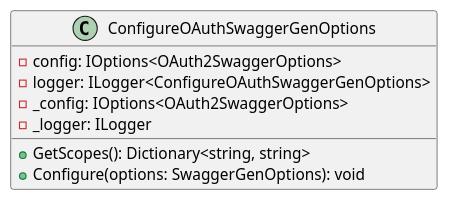
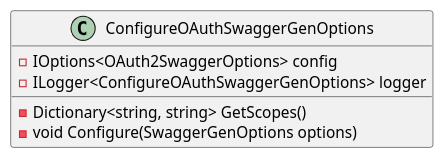
The first of 4 diagrams in docs/generated/Framework/Eliassen.AspNetCore.JwtAuthentication/SwaggerGen/Documentation.md (mwwhited-forks/dotnet-libs), drawn with PlantUML before and after one commit. The commit also changed other lines of this file and 444 other files, not shown here.

````diff
--- a/docs/generated/Framework/Eliassen.AspNetCore.JwtAuthentication/SwaggerGen/Documentation.md
+++ b/docs/generated/Framework/Eliassen.AspNetCore.JwtAuthentication/SwaggerGen/Documentation.md
@@ -7,14 +13,10 @@
 ```plantuml
 @startuml
 class ConfigureOAuthSwaggerGenOptions {
-  - config: IOptions<OAuth2SwaggerOptions>
-  - logger: ILogger<ConfigureOAuthSwaggerGenOptions>
-  - _config: IOptions<OAuth2SwaggerOptions>
-  - _logger: ILogger
-
-  + GetScopes(): Dictionary<string, string>
-  + Configure(options: SwaggerGenOptions): void
+  - IOptions<OAuth2SwaggerOptions> config
+  - ILogger<ConfigureOAuthSwaggerGenOptions> logger
+  - Dictionary<string, string> GetScopes()
+  - void Configure(SwaggerGenOptions options)
 }
-
 @enduml
 ```
````
